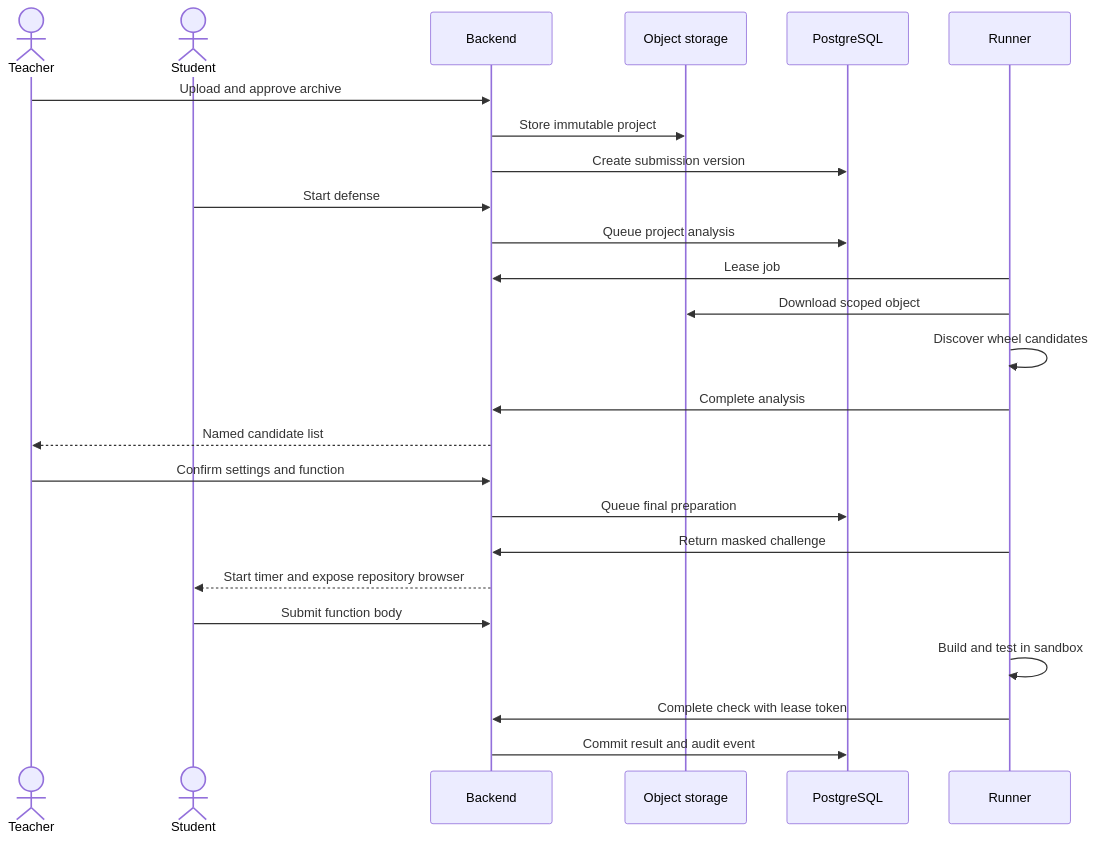
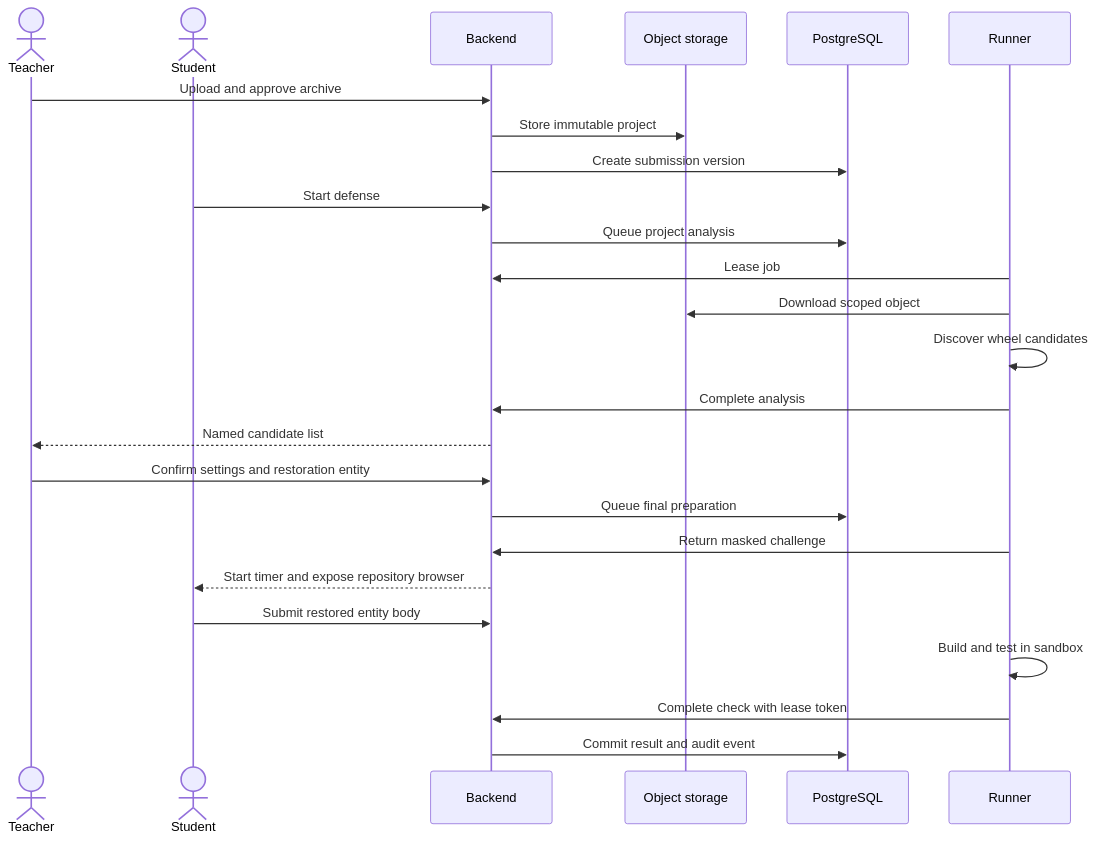
The third of 7 diagrams in docs/ARCHITECTURE.md (JO-IK1/CppDefense), drawn with Mermaid before and after one commit. The commit also changed other lines of this file and 38 other files, not shown here.

````diff
--- a/docs/ARCHITECTURE.md
+++ b/docs/ARCHITECTURE.md
@@ -95,27 +99,27 @@
 ```mermaid
 sequenceDiagram
   actor Teacher
   actor Student
   participant B as Backend
   participant S as Object storage
   participant D as PostgreSQL
   participant R as Runner
   Teacher->>B: Upload and approve archive
   B->>S: Store immutable project
   B->>D: Create submission version
   Student->>B: Start defense
   B->>D: Queue project analysis
   R->>B: Lease job
   R->>S: Download scoped object
   R->>R: Discover wheel candidates
   R->>B: Complete analysis
   B-->>Teacher: Named candidate list
-  Teacher->>B: Confirm settings and function
+  Teacher->>B: Confirm settings and restoration entity
   B->>D: Queue final preparation
   R->>B: Return masked challenge
   B-->>Student: Start timer and expose repository browser
-  Student->>B: Submit function body
+  Student->>B: Submit restored entity body
   R->>R: Build and test in sandbox
   R->>B: Complete check with lease token
   B->>D: Commit result and audit event
 ```
````
